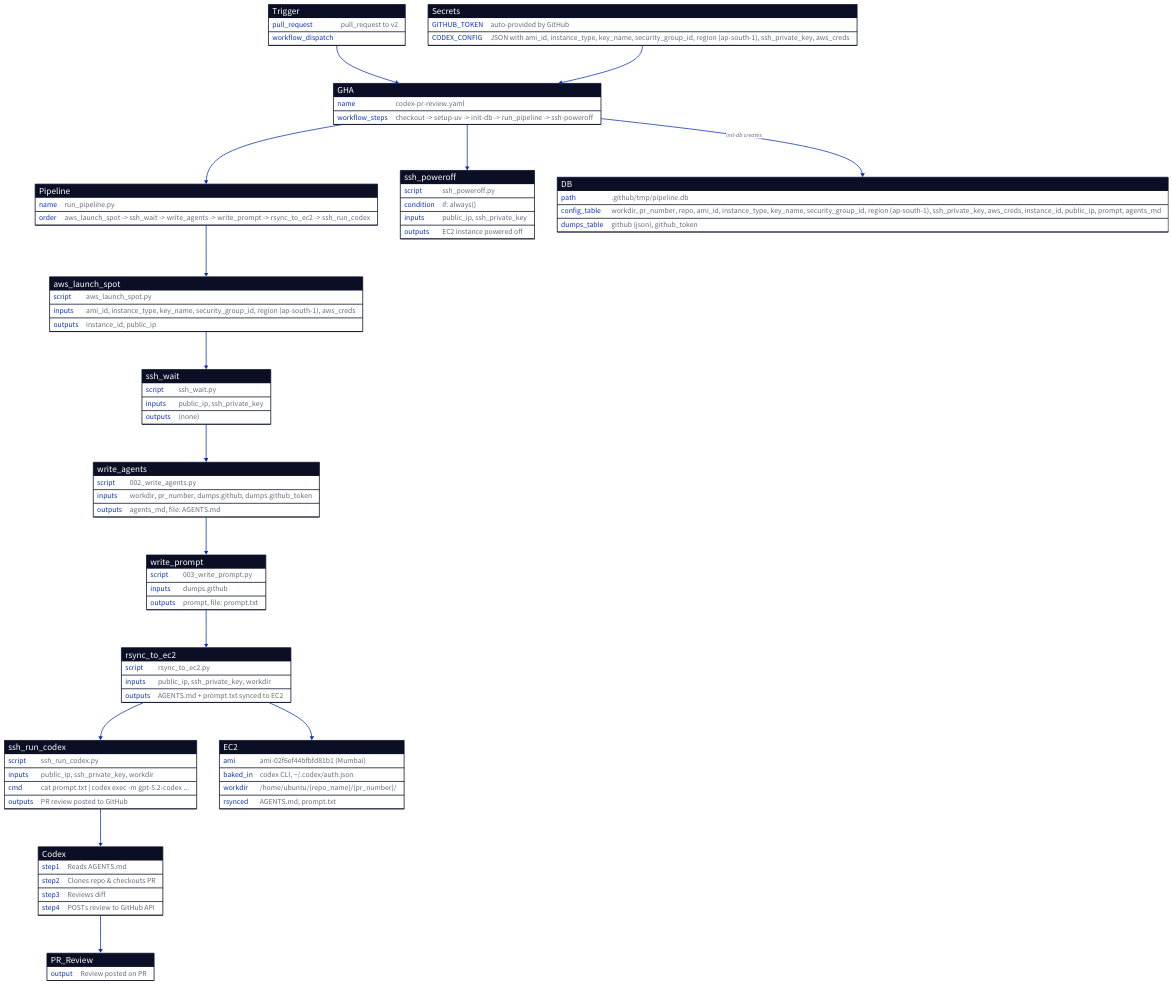
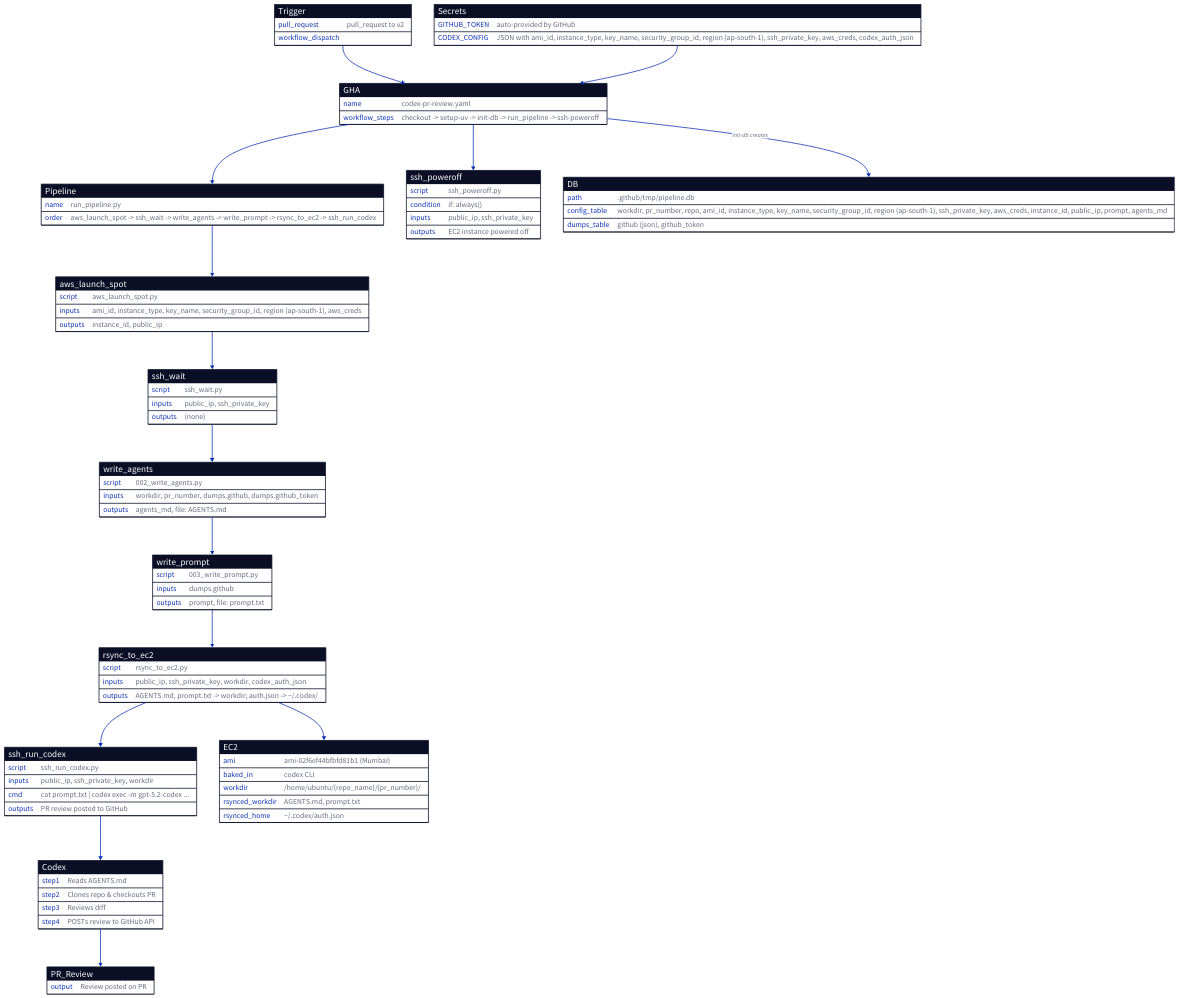
One commit to fossh/codex-code-review-poc1 changed the diagram in flow_diagrams/prod_flow.d2. Above: the diagram before and after it, drawn with D2. The commit also changed 3 other files, not shown here.

Commit message:
Add codex_auth_json to CODEX_CONFIG, rsync auth.json to ~/.codex/

```diff
--- a/flow_diagrams/prod_flow.d2
+++ b/flow_diagrams/prod_flow.d2
@@ -1,129 +1,130 @@
 direction: down
 
 # Trigger Events
 Trigger: {
   shape: sql_table
   pull_request: "pull_request to v2"
   workflow_dispatch: "workflow_dispatch"
 }
 
 # GitHub Actions Workflow
 GHA: {
   shape: sql_table
   name: "codex-pr-review.yaml"
   workflow_steps: "checkout -> setup-uv -> init-db -> run_pipeline -> ssh-poweroff"
 }
 
 Trigger -> GHA
 
 # Secrets
 Secrets: {
   shape: sql_table
   GITHUB_TOKEN: "auto-provided by GitHub"
-  CODEX_CONFIG: "JSON with ami_id, instance_type, key_name, security_group_id, region (ap-south-1), ssh_private_key, aws_creds"
+  CODEX_CONFIG: "JSON with ami_id, instance_type, key_name, security_group_id, region (ap-south-1), ssh_private_key, aws_creds, codex_auth_json"
 }
 
 Secrets -> GHA
 
 # Pipeline Scripts
 Pipeline: {
   shape: sql_table
   name: "run_pipeline.py"
   order: "aws_launch_spot -> ssh_wait -> write_agents -> write_prompt -> rsync_to_ec2 -> ssh_run_codex"
 }
 
 aws_launch_spot: {
   shape: sql_table
   script: "aws_launch_spot.py"
   inputs: "ami_id, instance_type, key_name, security_group_id, region (ap-south-1), aws_creds"
   outputs: "instance_id, public_ip"
 }
 
 ssh_wait: {
   shape: sql_table
   script: "ssh_wait.py"
   inputs: "public_ip, ssh_private_key"
   outputs: "(none)"
 }
 
 write_agents: {
   shape: sql_table
   script: "002_write_agents.py"
   inputs: "workdir, pr_number, dumps.github, dumps.github_token"
   outputs: "agents_md, file: AGENTS.md"
 }
 
 write_prompt: {
   shape: sql_table
   script: "003_write_prompt.py"
   inputs: "dumps.github"
   outputs: "prompt, file: prompt.txt"
 }
 
 rsync_to_ec2: {
   shape: sql_table
   script: "rsync_to_ec2.py"
-  inputs: "public_ip, ssh_private_key, workdir"
-  outputs: "AGENTS.md + prompt.txt synced to EC2"
+  inputs: "public_ip, ssh_private_key, workdir, codex_auth_json"
+  outputs: "AGENTS.md, prompt.txt -> workdir; auth.json -> ~/.codex/"
 }
 
 ssh_run_codex: {
   shape: sql_table
   script: "ssh_run_codex.py"
   inputs: "public_ip, ssh_private_key, workdir"
   cmd: "cat prompt.txt | codex exec -m gpt-5.2-codex ..."
   outputs: "PR review posted to GitHub"
 }
 
 ssh_poweroff: {
   shape: sql_table
   script: "ssh_poweroff.py"
   condition: "if: always()"
   inputs: "public_ip, ssh_private_key"
   outputs: "EC2 instance powered off"
 }
 
 GHA -> Pipeline
 Pipeline -> aws_launch_spot -> ssh_wait -> write_agents -> write_prompt
 write_prompt -> rsync_to_ec2 -> ssh_run_codex
 GHA -> ssh_poweroff
 
 # SQLite DB
 DB: {
   shape: sql_table
   path: ".github/tmp/pipeline.db"
   config_table: "workdir, pr_number, repo, ami_id, instance_type, key_name, security_group_id, region (ap-south-1), ssh_private_key, aws_creds, instance_id, public_ip, prompt, agents_md"
   dumps_table: "github (json), github_token"
 }
 
 GHA -> DB: "init-db creates"
 
 # EC2 Instance (pre-baked AMI)
 EC2: {
   shape: sql_table
   ami: "ami-02f6ef44bfbfd81b1 (Mumbai)"
-  baked_in: "codex CLI, ~/.codex/auth.json"
+  baked_in: "codex CLI"
   workdir: "/home/ubuntu/{repo_name}/{pr_number}/"
-  rsynced: "AGENTS.md, prompt.txt"
+  rsynced_workdir: "AGENTS.md, prompt.txt"
+  rsynced_home: "~/.codex/auth.json"
 }
 
 rsync_to_ec2 -> EC2
 
 # Codex Actions
 Codex: {
   shape: sql_table
   step1: "Reads AGENTS.md"
   step2: "Clones repo & checkouts PR"
   step3: "Reviews diff"
   step4: "POSTs review to GitHub API"
 }
 
 ssh_run_codex -> Codex
 
 # Final Output
 PR_Review: {
   shape: sql_table
   output: "Review posted on PR"
 }
 
 Codex -> PR_Review
```
